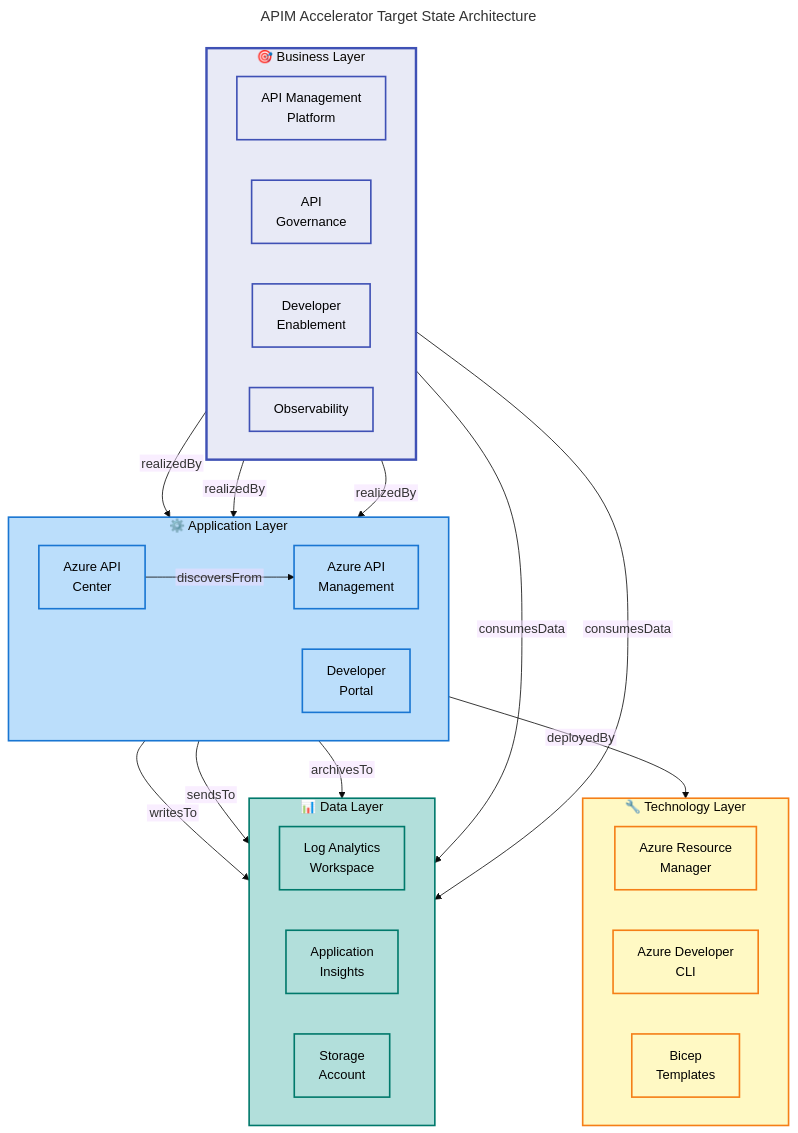
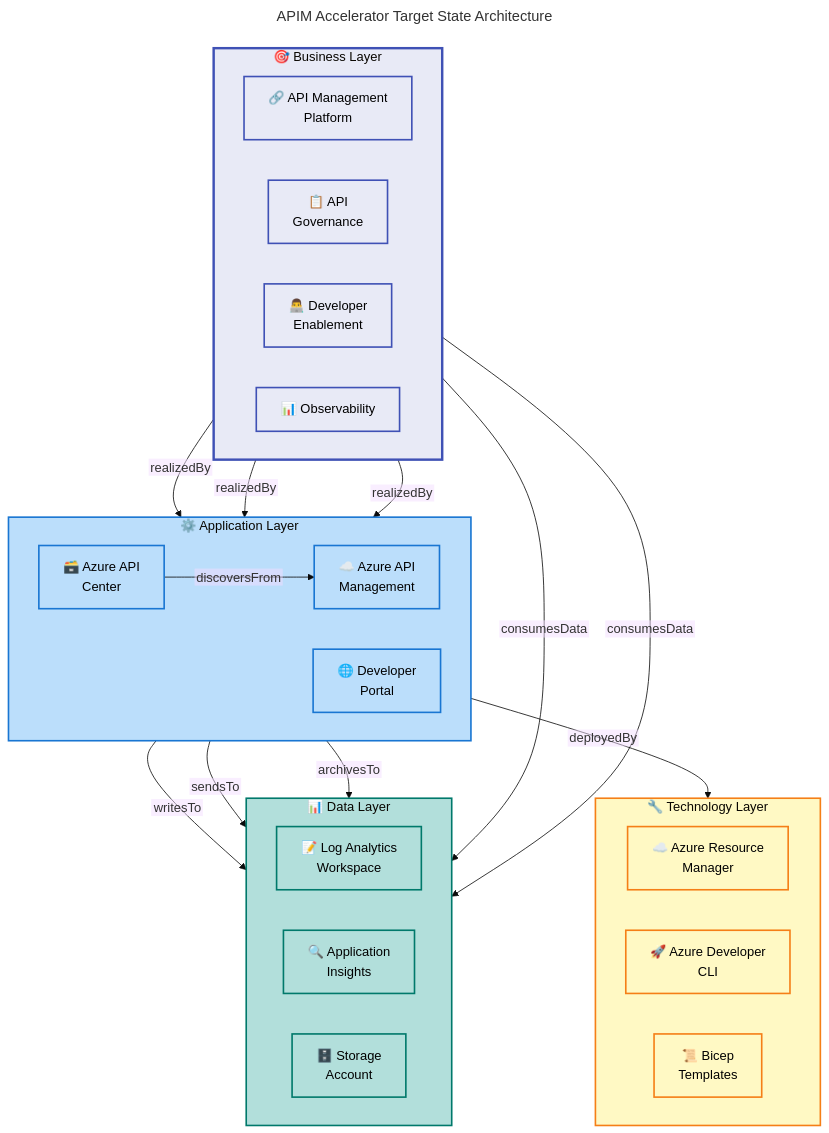
Before and after one commit to Evilazaro/APIM-Accelerator: the fourth of 7 diagrams in docs/architecture/Business_Architecture_Document.md, drawn with Mermaid. The commit also changed other lines of this file, not shown here.

Commit message:
Enhance Business Architecture Document with additional mindmap and flowchart styling for improved clarity and visual representation of business capabilities and processes

````diff
--- a/docs/architecture/Business_Architecture_Document.md
+++ b/docs/architecture/Business_Architecture_Document.md
@@ -318,64 +327,75 @@
 ```mermaid
 ---
 title: APIM Accelerator Target State Architecture
 config:
   theme: base
   flowchart:
     htmlLabels: false
 ---
 flowchart TB
     accTitle: APIM Accelerator Target Business Architecture
     accDescr: Shows the layered target state architecture with business capabilities mapped to enabling services
 
+    %% ============================================
+    %% COLOR SCHEME DOCUMENTATION
+    %% ============================================
+    %% Level 1 (Main Groups): Indigo 50 (#E8EAF6) - Business Layer
+    %% SEMANTIC COLORS by function:
+    %%   Business: Indigo (#E8EAF6) - Strategic capabilities
+    %%   Application: Blue (#BBDEFB) - Services
+    %%   Data: Teal (#B2DFDB) - Storage/Analytics
+    %%   Technology: Yellow (#FFF9C4) - Infrastructure
+    %% ============================================
+
     classDef bizCap fill:#E8EAF6,stroke:#3F51B5,stroke-width:2px,color:#000
     classDef appSvc fill:#BBDEFB,stroke:#1976D2,stroke-width:2px,color:#000
     classDef dataSvc fill:#B2DFDB,stroke:#00796B,stroke-width:2px,color:#000
     classDef techSvc fill:#FFF9C4,stroke:#F57F17,stroke-width:2px,color:#000
 
     subgraph business["🎯 Business Layer"]
         direction LR
-        bc1["API Management<br/>Platform"]:::bizCap
-        bc2["API<br/>Governance"]:::bizCap
-        bc3["Developer<br/>Enablement"]:::bizCap
-        bc4["Observability"]:::bizCap
+        bc1["🔗 API Management<br/>Platform"]:::bizCap
+        bc2["📋 API<br/>Governance"]:::bizCap
+        bc3["👨‍💻 Developer<br/>Enablement"]:::bizCap
+        bc4["📊 Observability"]:::bizCap
     end
 
     subgraph application["⚙️ Application Layer"]
         direction LR
-        as1["Azure API<br/>Management"]:::appSvc
-        as2["Azure API<br/>Center"]:::appSvc
-        as3["Developer<br/>Portal"]:::appSvc
+        as1["☁️ Azure API<br/>Management"]:::appSvc
+        as2["🗃️ Azure API<br/>Center"]:::appSvc
+        as3["🌐 Developer<br/>Portal"]:::appSvc
     end
 
     subgraph data["📊 Data Layer"]
         direction LR
-        ds1["Log Analytics<br/>Workspace"]:::dataSvc
-        ds2["Application<br/>Insights"]:::dataSvc
-        ds3["Storage<br/>Account"]:::dataSvc
+        ds1["📝 Log Analytics<br/>Workspace"]:::dataSvc
+        ds2["🔍 Application<br/>Insights"]:::dataSvc
+        ds3["🗄️ Storage<br/>Account"]:::dataSvc
     end
 
     subgraph technology["🔧 Technology Layer"]
         direction LR
-        ts1["Azure Resource<br/>Manager"]:::techSvc
-        ts2["Azure Developer<br/>CLI"]:::techSvc
-        ts3["Bicep<br/>Templates"]:::techSvc
+        ts1["☁️ Azure Resource<br/>Manager"]:::techSvc
+        ts2["🚀 Azure Developer<br/>CLI"]:::techSvc
+        ts3["📜 Bicep<br/>Templates"]:::techSvc
     end
 
     bc1 -->|"realizedBy"| as1
     bc2 -->|"realizedBy"| as2
     bc3 -->|"realizedBy"| as3
     bc4 -->|"consumesData"| ds1
     bc4 -->|"consumesData"| ds2
 
     as1 -->|"writesTo"| ds1
     as1 -->|"sendsTo"| ds2
     as1 -->|"archivesTo"| ds3
     as2 -->|"discoversFrom"| as1
 
     application -->|"deployedBy"| technology
 
     style business fill:#E8EAF6,stroke:#3F51B5,stroke-width:3px
     style application fill:#BBDEFB,stroke:#1976D2,stroke-width:2px
     style data fill:#B2DFDB,stroke:#00796B,stroke-width:2px
     style technology fill:#FFF9C4,stroke:#F57F17,stroke-width:2px
 ```
````
